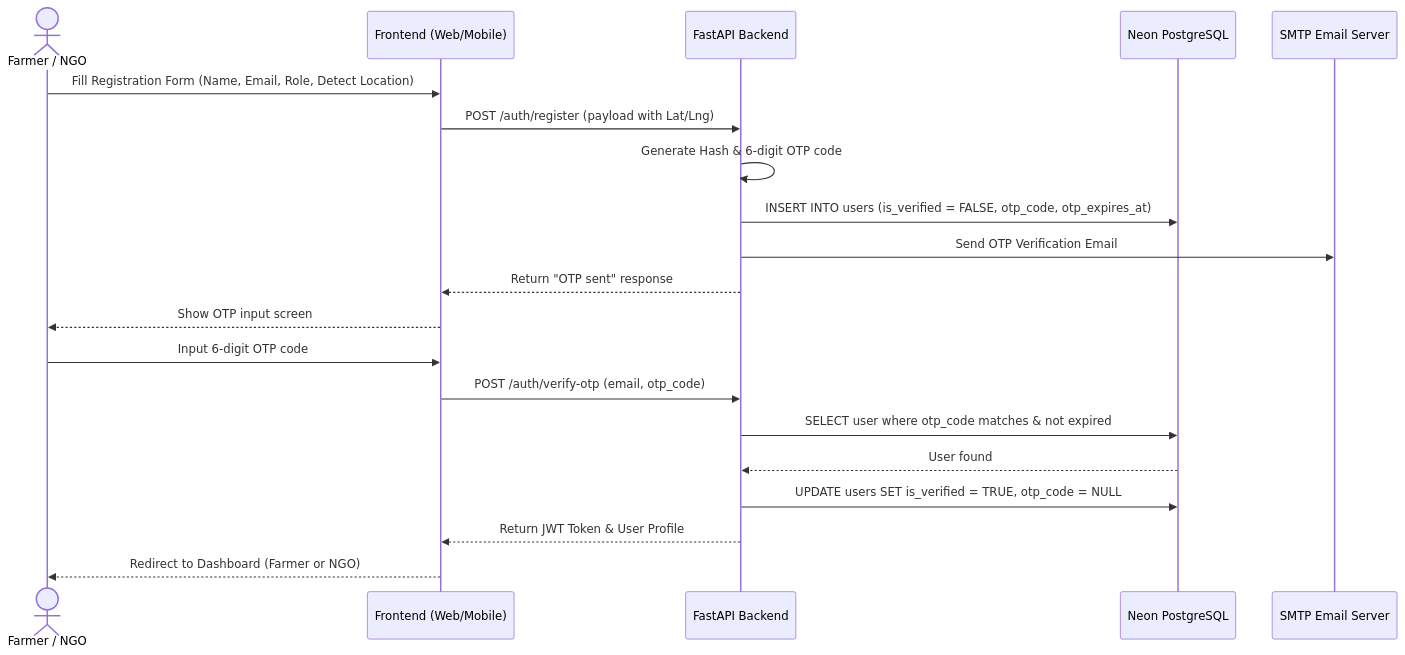
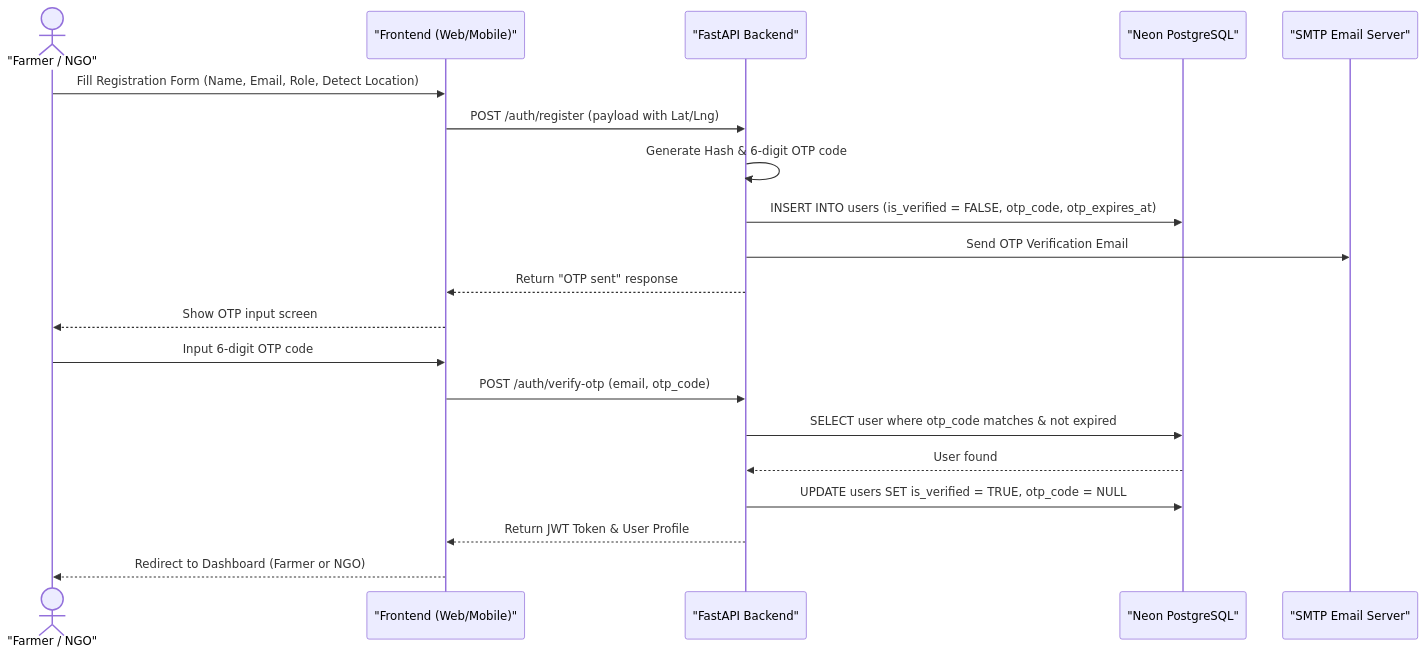
One commit to raza-shaikh-ai/Team-Core-4 changed the first of 5 diagrams in project_overview_presentation.md. Above: the diagram before and after it, drawn with Mermaid. The commit also changed other lines of this file and 19 other files, not shown here.

````diff
--- a/project_overview_presentation.md
+++ b/project_overview_presentation.md
@@ -80,23 +86,23 @@
 ```mermaid
 sequenceDiagram
-    actor User as Farmer / NGO
-    participant FE as Frontend (Web/Mobile)
-    participant BE as FastAPI Backend
-    participant DB as Neon PostgreSQL
-    participant Email as SMTP Email Server
+    actor User as "Farmer / NGO"
+    participant FE as "Frontend (Web/Mobile)"
+    participant BE as "FastAPI Backend"
+    participant DB as "Neon PostgreSQL"
+    participant Email as "SMTP Email Server"
 
     User->>FE: Fill Registration Form (Name, Email, Role, Detect Location)
     FE->>BE: POST /auth/register (payload with Lat/Lng)
     BE->>BE: Generate Hash & 6-digit OTP code
     BE->>DB: INSERT INTO users (is_verified = FALSE, otp_code, otp_expires_at)
     BE->>Email: Send OTP Verification Email
     BE-->>FE: Return "OTP sent" response
     FE-->>User: Show OTP input screen
     User->>FE: Input 6-digit OTP code
     FE->>BE: POST /auth/verify-otp (email, otp_code)
     BE->>DB: SELECT user where otp_code matches & not expired
     DB-->>BE: User found
     BE->>DB: UPDATE users SET is_verified = TRUE, otp_code = NULL
     BE-->>FE: Return JWT Token & User Profile
     FE-->>User: Redirect to Dashboard (Farmer or NGO)
 ```
````
